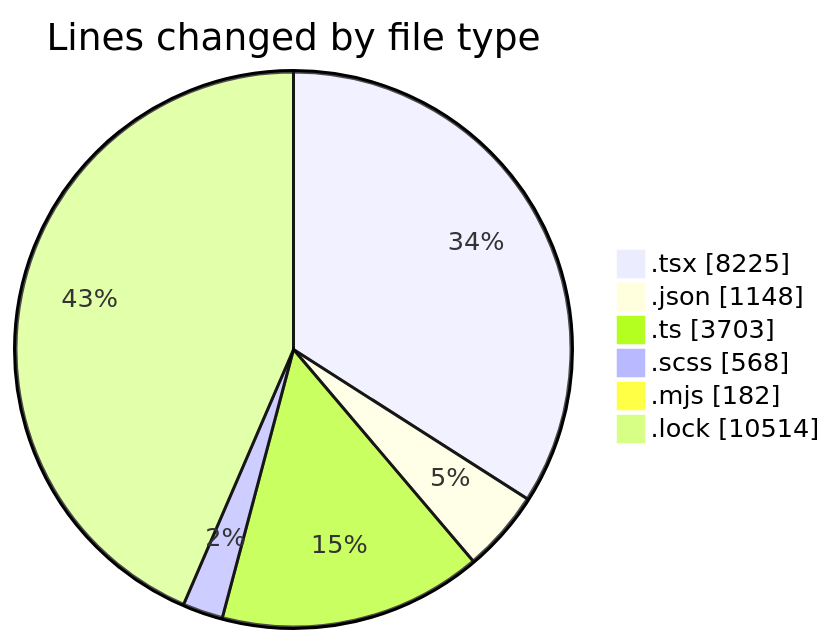
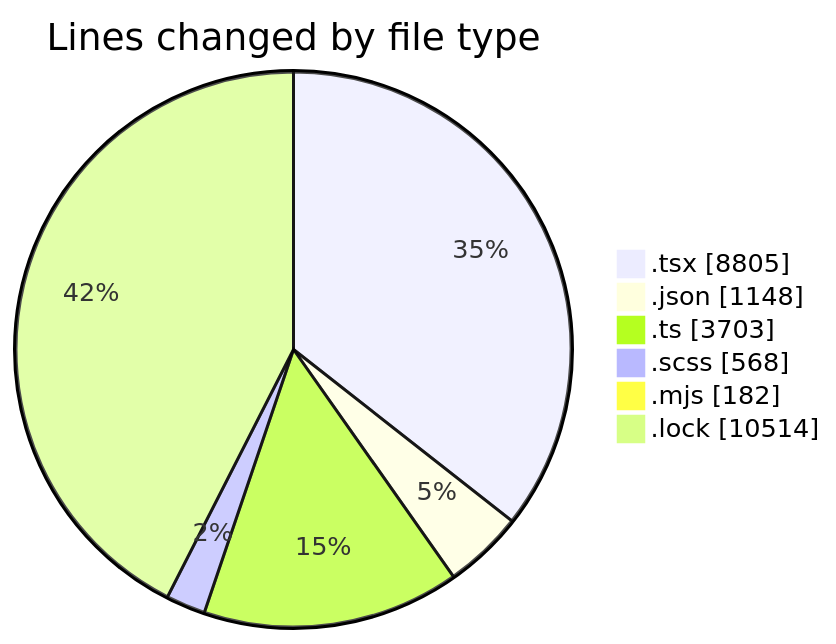
One commit to momahboobian/code-tracking changed the first of 2 diagrams in 2026-05-12/cda/README.md. Above: the diagram before and after it, drawn with Mermaid. The commit also changed other lines of this file and 1 other file, not shown here.

````diff
--- a/2026-05-12/cda/README.md
+++ b/2026-05-12/cda/README.md
@@ -52,10 +52,10 @@
 ```mermaid
 pie showData
 title Lines changed by file type
-".tsx" : 8225
+".tsx" : 8805
 ".json" : 1148
 ".ts" : 3703
 ".scss" : 568
 ".mjs" : 182
 ".lock" : 10514
 ```
````
